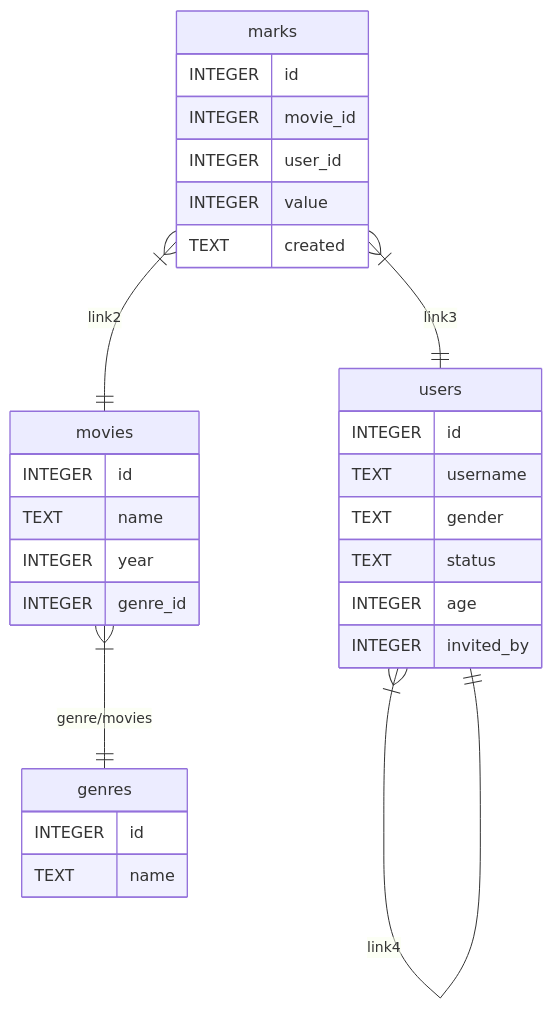
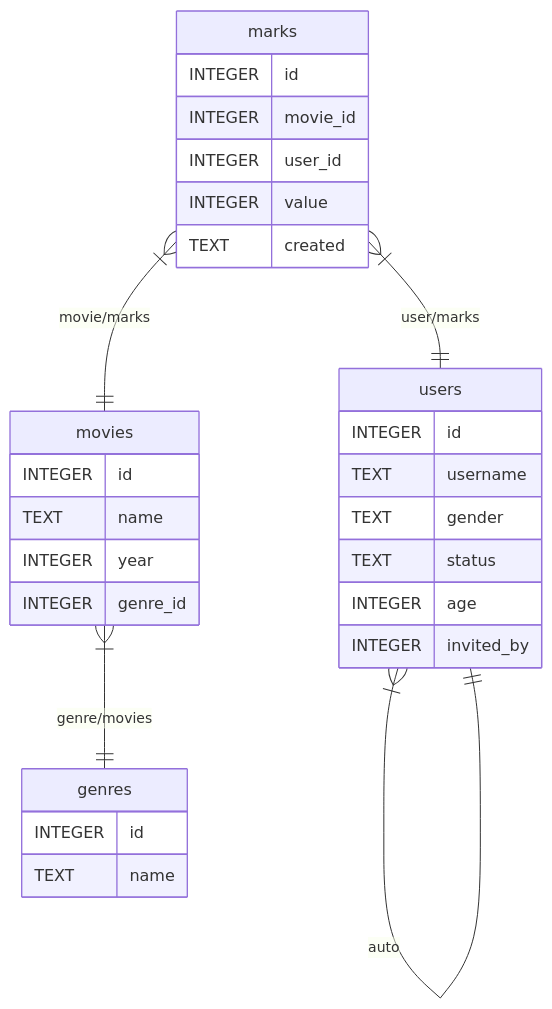
Before and after one commit to an-2-an/data: the diagram in imdb_diagram.md, drawn with Mermaid.

````diff
--- a/imdb_diagram.md
+++ b/imdb_diagram.md
@@ -1,35 +1,35 @@
 ```mermaid
 ---
 Django ER Diagram
 ---
 erDiagram
 genres {
     INTEGER id
     TEXT name
 }
 movies {
     INTEGER id
     TEXT name
     INTEGER year
     INTEGER genre_id
 }
 users {
     INTEGER id
     TEXT username
     TEXT gender
     TEXT status
     INTEGER age
     INTEGER invited_by
 }
 marks {
     INTEGER id
     INTEGER movie_id
     INTEGER user_id
     INTEGER value
     TEXT created
 }
 movies }|--|| genres : "genre/movies"
-marks }|--|| movies : link2
-marks }|--|| users : link3
-users }|--|| users : link4
+marks }|--|| movies : "movie/marks"
+marks }|--|| users : "user/marks"
+users }|--|| users : "auto"
 ```
````
